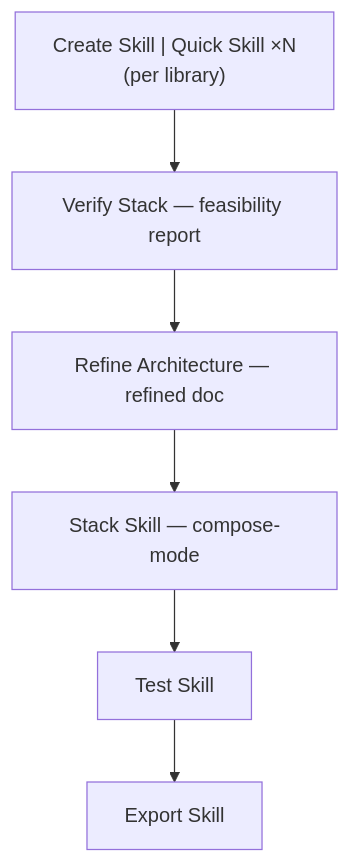
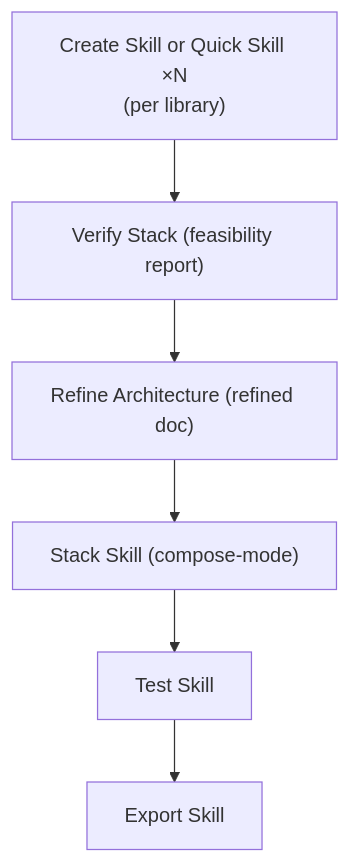
Before and after one commit to rxm7706/local-recipes: the second of 3 diagrams in _skf-learn/workflows.md, drawn with Mermaid. The commit also changed other lines of this file and 706 other files, not shown here.

````diff
--- a/_skf-learn/workflows.md
+++ b/_skf-learn/workflows.md
@@ -295,8 +405,8 @@
 ```mermaid
 flowchart TD
-    GEN["Create Skill | Quick Skill ×N<br/>(per library)"] --> VS[Verify Stack — feasibility report]
-    VS --> RA[Refine Architecture — refined doc]
-    RA --> SS_compose[Stack Skill — compose-mode]
+    GEN["Create Skill or Quick Skill ×N<br/>(per library)"] --> VS["Verify Stack (feasibility report)"]
+    VS --> RA["Refine Architecture (refined doc)"]
+    RA --> SS_compose["Stack Skill (compose-mode)"]
     SS_compose --> TS[Test Skill]
     TS --> EX[Export Skill]
 ```
````
